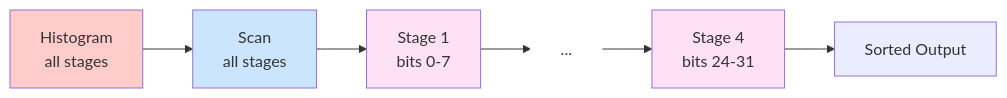
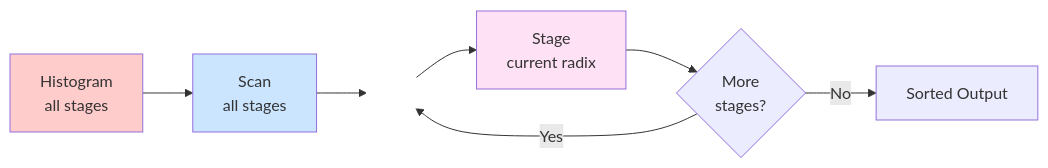
The second of 3 diagrams in rfcs/experimental/radix_sort_esimd_sycl.md (uxlfoundation/oneDPL), drawn with Mermaid before and after one commit. The commit also changed other lines of this file, not shown here.

Commit message:
looping in mermaid diagram

````diff
--- a/rfcs/experimental/radix_sort_esimd_sycl.md
+++ b/rfcs/experimental/radix_sort_esimd_sycl.md
@@ -68,14 +64,14 @@
 ```mermaid
 graph LR
     A[Histogram<br/>all stages] --> B[Scan<br/>all stages]
-    B --> C[Stage 1<br/>bits 0-7]
-    C --> D[...]
-    D --> E[Stage 4<br/>bits 24-31]
-    E --> F[Sorted Output]
+    B --> Start[ ]
+    Start --> C[Stage<br/>current radix]
+    C --> D{More<br/>stages?}
+    D -->|Yes| Start
+    D -->|No| E[Sorted Output]
 
     style A fill:#ffcccc
     style B fill:#cce5ff
+    style Start fill:#ffffff,stroke:#ffffff
     style C fill:#ffe1f5
-    style E fill:#ffe1f5
-    style D fill:#ffffff,stroke:#ffffff
 ```
````
